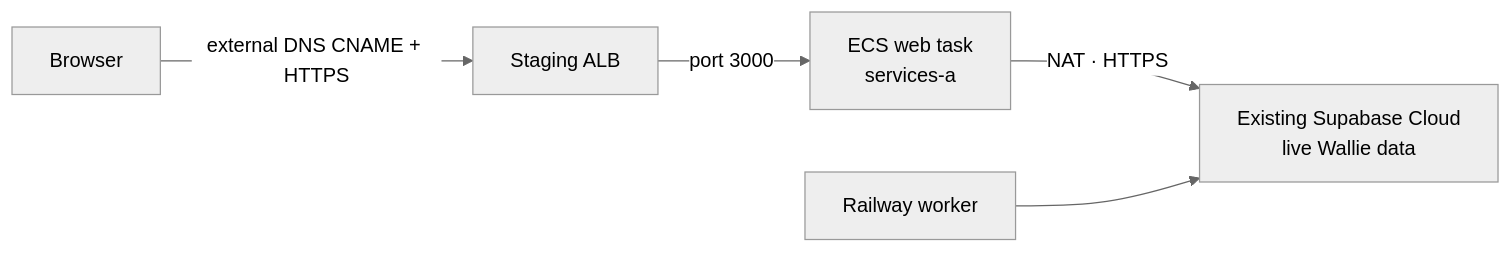
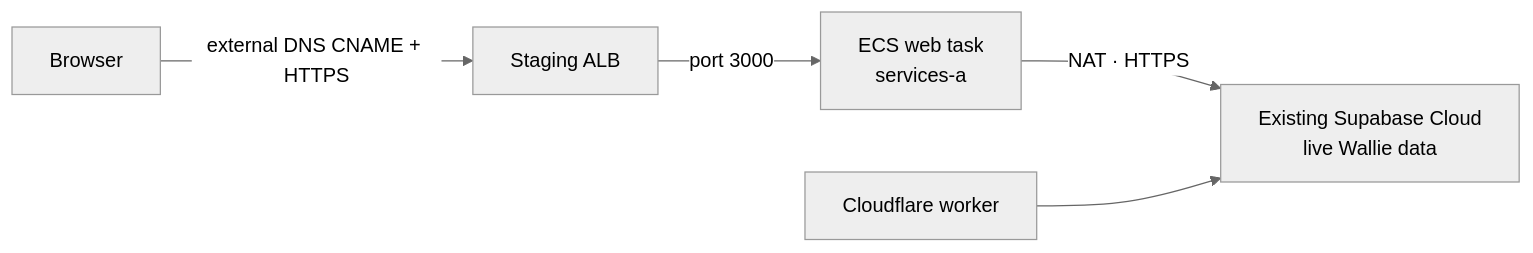
The diagram in docs/AWS-VISIBLE-WEB.md (anantjain-xyz/wallie-dev), drawn with Mermaid (neutral theme) before and after one commit. The commit also changed other lines of this file and 5 other files, not shown here.

First line of the commit message:
Align check docs with the Cloudflare worker (#567)

````diff
--- a/docs/AWS-VISIBLE-WEB.md
+++ b/docs/AWS-VISIBLE-WEB.md
@@ -7,7 +7,7 @@
 ```mermaid
 flowchart LR
   browser[Browser] -->|external DNS CNAME + HTTPS| alb[Staging ALB]
   alb -->|port 3000| web[ECS web task<br/>services-a]
   web -->|NAT · HTTPS| cloud[Existing Supabase Cloud<br/>live Wallie data]
-  railway[Railway worker] --> cloud
+  worker[Cloudflare worker] --> cloud
 ```
````
